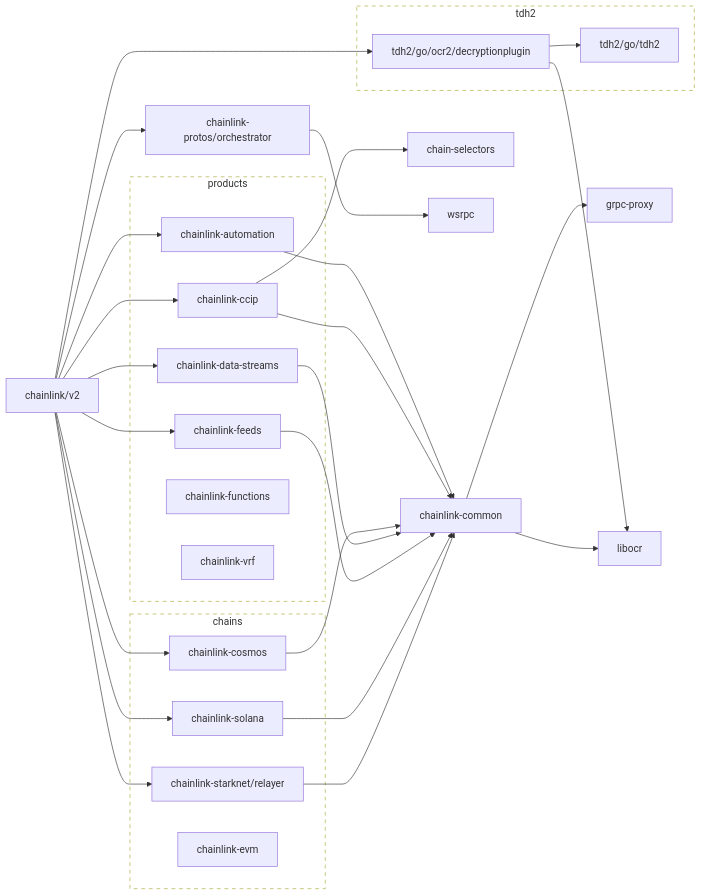
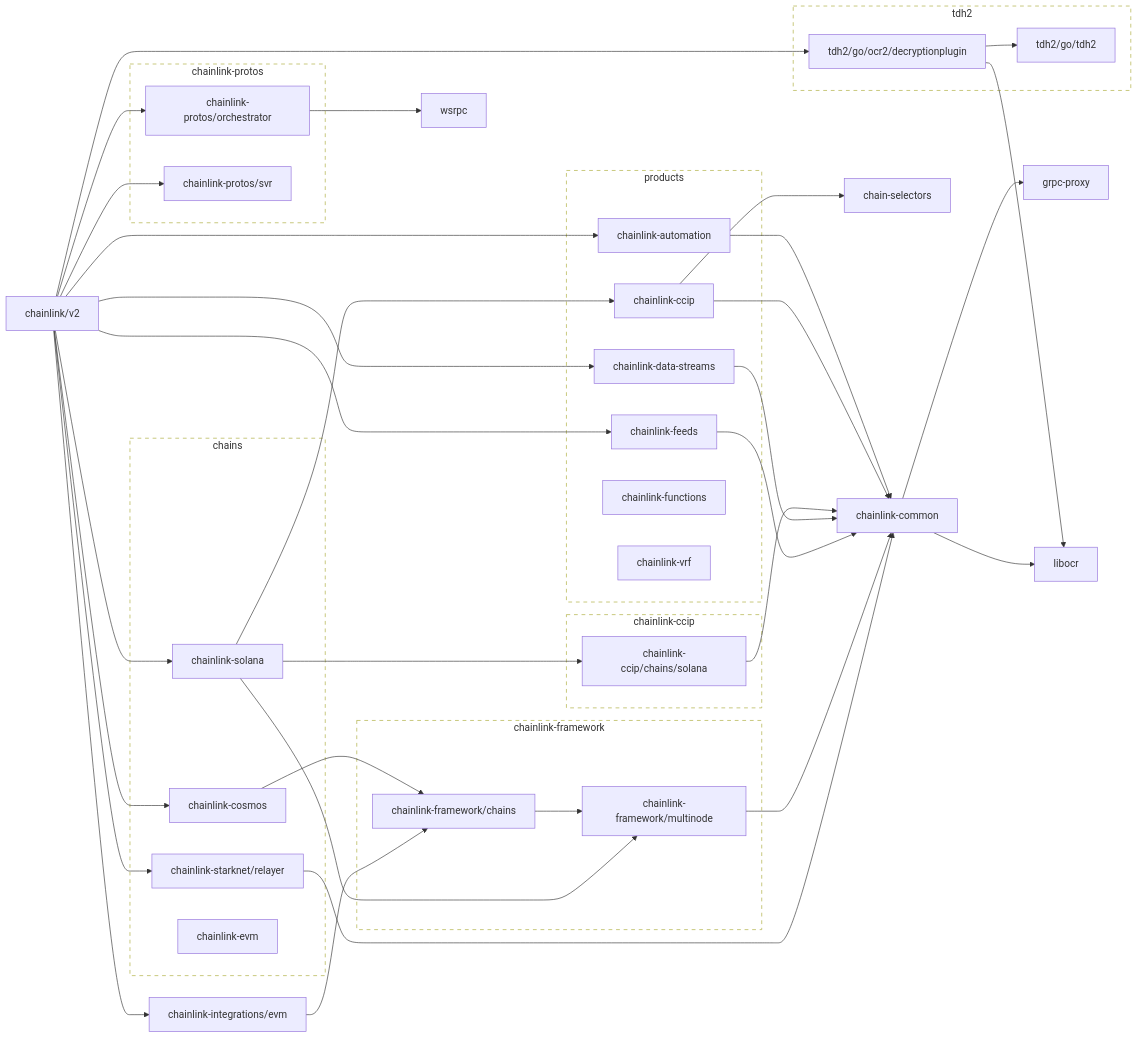
One commit to JohnDaWalka/chainlink changed the first of 2 diagrams in go.md. Above: the diagram before and after it, drawn with Mermaid. The commit also changed other lines of this file and 3076 other files, not shown here.

````diff
--- a/go.md
+++ b/go.md
@@ -28,27 +28,40 @@
 	chainlink-ccip --> chain-selectors
 	chainlink-ccip --> chainlink-common
 	click chainlink-ccip href "https://github.com/smartcontractkit/chainlink-ccip"
+	chainlink-ccip/chains/solana --> chainlink-common
+	click chainlink-ccip/chains/solana href "https://github.com/smartcontractkit/chainlink-ccip"
 	chainlink-common --> grpc-proxy
 	chainlink-common --> libocr
 	click chainlink-common href "https://github.com/smartcontractkit/chainlink-common"
-	chainlink-cosmos --> chainlink-common
+	chainlink-cosmos --> chainlink-framework/chains
 	click chainlink-cosmos href "https://github.com/smartcontractkit/chainlink-cosmos"
 	chainlink-data-streams --> chainlink-common
 	click chainlink-data-streams href "https://github.com/smartcontractkit/chainlink-data-streams"
 	chainlink-feeds --> chainlink-common
 	click chainlink-feeds href "https://github.com/smartcontractkit/chainlink-feeds"
+	chainlink-framework/chains --> chainlink-framework/multinode
+	click chainlink-framework/chains href "https://github.com/smartcontractkit/chainlink-framework"
+	chainlink-framework/multinode --> chainlink-common
+	click chainlink-framework/multinode href "https://github.com/smartcontractkit/chainlink-framework"
+	chainlink-integrations/evm --> chainlink-framework/chains
+	click chainlink-integrations/evm href "https://github.com/smartcontractkit/chainlink-integrations"
 	chainlink-protos/orchestrator --> wsrpc
 	click chainlink-protos/orchestrator href "https://github.com/smartcontractkit/chainlink-protos"
-	chainlink-solana --> chainlink-common
+	chainlink-protos/svr
+	click chainlink-protos/svr href "https://github.com/smartcontractkit/chainlink-protos"
+	chainlink-solana --> chainlink-ccip
+	chainlink-solana --> chainlink-ccip/chains/solana
+	chainlink-solana --> chainlink-framework/multinode
 	click chainlink-solana href "https://github.com/smartcontractkit/chainlink-solana"
 	chainlink-starknet/relayer --> chainlink-common
 	click chainlink-starknet/relayer href "https://github.com/smartcontractkit/chainlink-starknet"
 	chainlink/v2 --> chainlink-automation
-	chainlink/v2 --> chainlink-ccip
 	chainlink/v2 --> chainlink-cosmos
 	chainlink/v2 --> chainlink-data-streams
 	chainlink/v2 --> chainlink-feeds
+	chainlink/v2 --> chainlink-integrations/evm
 	chainlink/v2 --> chainlink-protos/orchestrator
+	chainlink/v2 --> chainlink-protos/svr
 	chainlink/v2 --> chainlink-solana
 	chainlink/v2 --> chainlink-starknet/relayer
 	chainlink/v2 --> tdh2/go/ocr2/decryptionplugin
@@ -65,6 +78,24 @@
 	wsrpc
 	click wsrpc href "https://github.com/smartcontractkit/wsrpc"
 
+	subgraph chainlink-ccip-repo[chainlink-ccip]
+		 chainlink-ccip
+		 chainlink-ccip/chains/solana
+	end
+	click chainlink-ccip-repo href "https://github.com/smartcontractkit/chainlink-ccip"
+
+	subgraph chainlink-framework-repo[chainlink-framework]
+		 chainlink-framework/chains
+		 chainlink-framework/multinode
+	end
+	click chainlink-framework-repo href "https://github.com/smartcontractkit/chainlink-framework"
+
+	subgraph chainlink-protos-repo[chainlink-protos]
+		 chainlink-protos/orchestrator
+		 chainlink-protos/svr
+	end
+	click chainlink-protos-repo href "https://github.com/smartcontractkit/chainlink-protos"
+
 	subgraph tdh2-repo[tdh2]
 		 tdh2/go/ocr2/decryptionplugin
 		 tdh2/go/tdh2
@@ -72,5 +103,5 @@
 	click tdh2-repo href "https://github.com/smartcontractkit/tdh2"
 
 	classDef outline stroke-dasharray:6,fill:none;
-	class tdh2-repo outline
+	class chainlink-ccip-repo,chainlink-framework-repo,chainlink-protos-repo,tdh2-repo outline
 ```
````
